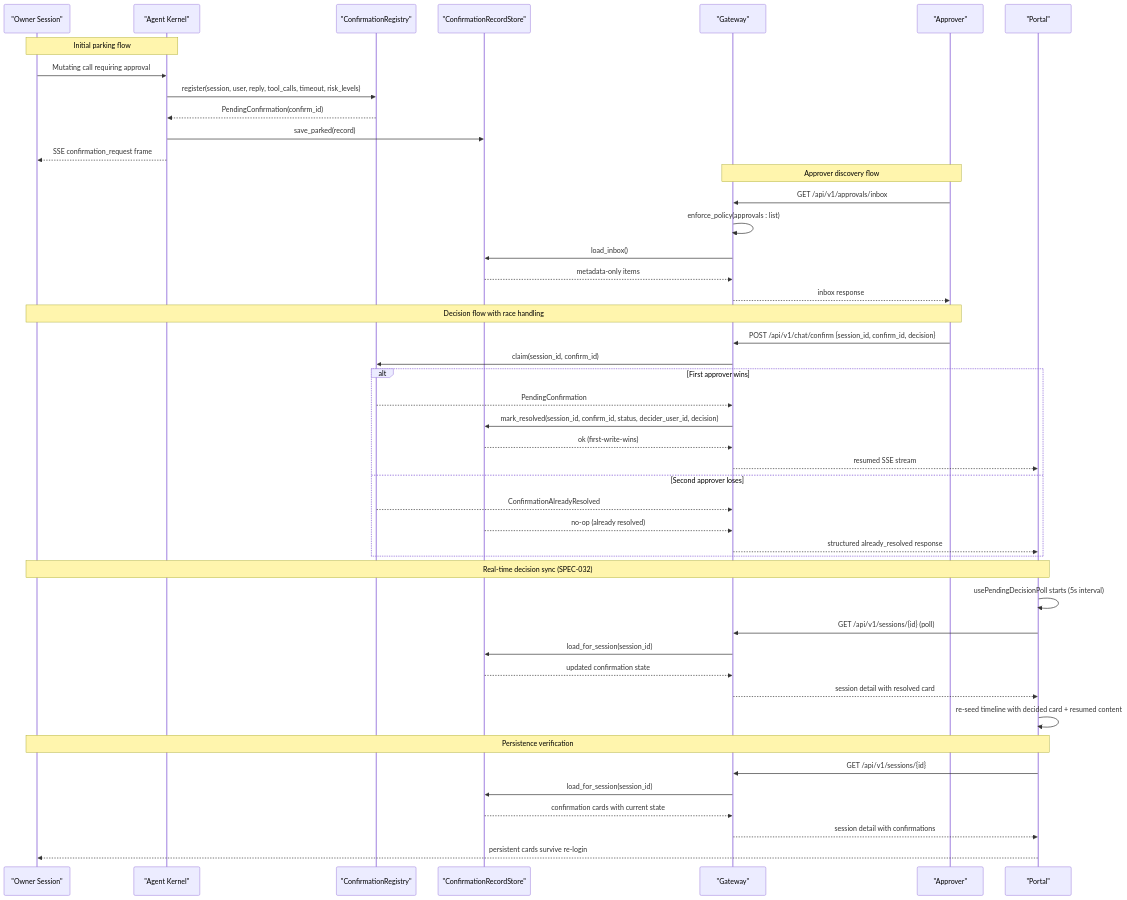
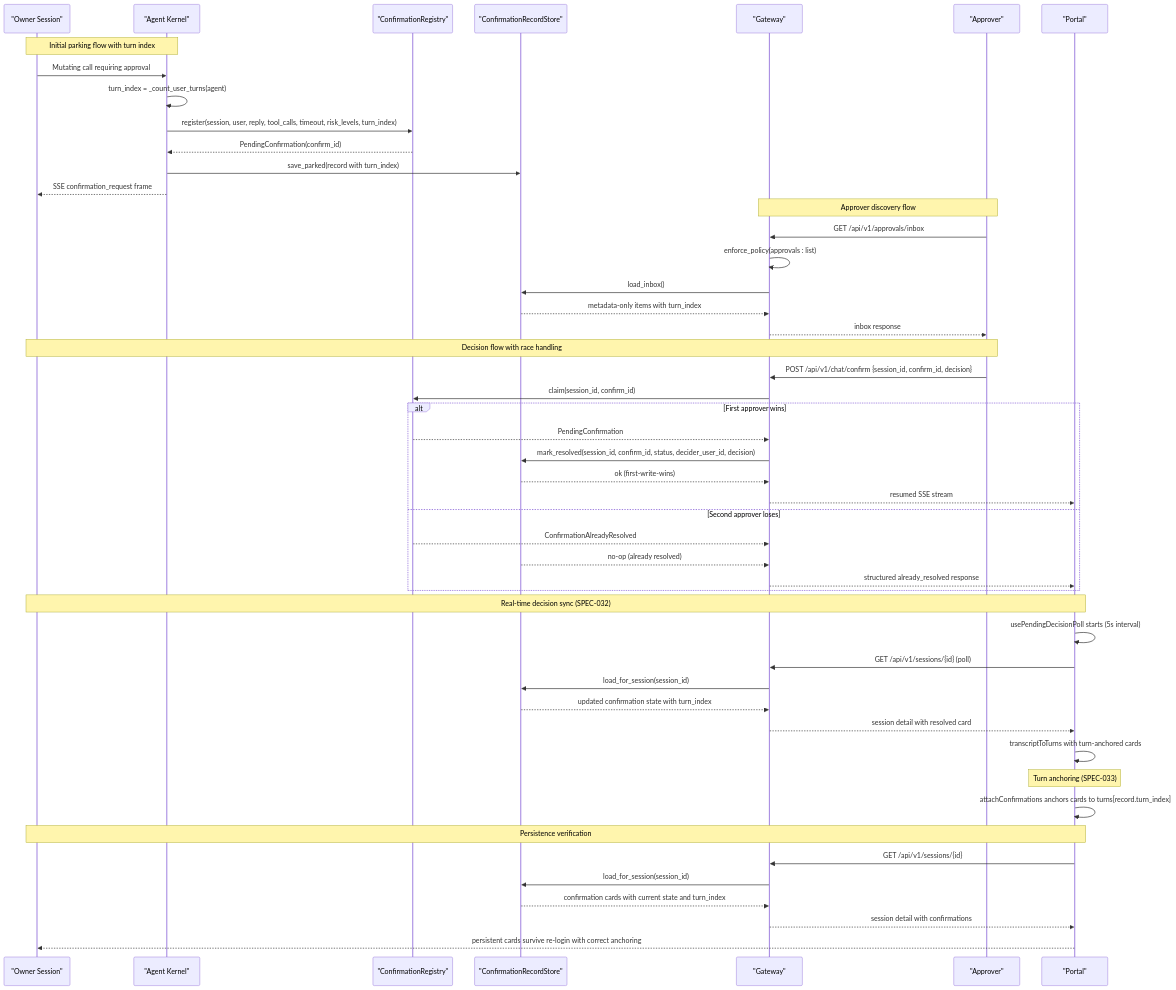
One commit to metasync/luban-aiops changed the second of 9 diagrams in .qoder/repowiki/en/content/Architecture Documentation/SPEC-031_ Approval Inbox and Persistent Confirmation Cards.md. Above: the diagram before and after it, drawn with Mermaid. The commit also changed other lines of this file and 5 other files, not shown here.

````diff
--- a/.qoder/repowiki/en/content/Architecture Documentation/SPEC-031_ Approval Inbox and Persistent Confirmation Cards.md
+++ b/.qoder/repowiki/en/content/Architecture Documentation/SPEC-031_ Approval Inbox and Persistent Confirmation Cards.md
@@ -123,48 +135,51 @@
 ```mermaid
 sequenceDiagram
 participant Owner as "Owner Session"
 participant Kernel as "Agent Kernel"
 participant Registry as "ConfirmationRegistry"
 participant Store as "ConfirmationRecordStore"
 participant Gateway as "Gateway"
 participant Approver as "Approver"
 participant Portal as "Portal"
-Note over Owner,Kernel : Initial parking flow
+Note over Owner,Kernel : Initial parking flow with turn index
 Owner->>Kernel : Mutating call requiring approval
-Kernel->>Registry : register(session, user, reply, tool_calls, timeout, risk_levels)
+Kernel->>Kernel : turn_index = _count_user_turns(agent)
+Kernel->>Registry : register(session, user, reply, tool_calls, timeout, risk_levels, turn_index)
 Registry-->>Kernel : PendingConfirmation(confirm_id)
-Kernel->>Store : save_parked(record)
+Kernel->>Store : save_parked(record with turn_index)
 Kernel-->>Owner : SSE confirmation_request frame
 Note over Approver,Gateway : Approver discovery flow
 Approver->>Gateway : GET /api/v1/approvals/inbox
 Gateway->>Gateway : enforce_policy(approvals : list)
 Gateway->>Store : load_inbox()
-Store-->>Gateway : metadata-only items
+Store-->>Gateway : metadata-only items with turn_index
 Gateway-->>Approver : inbox response
 Note over Approver,Owner : Decision flow with race handling
 Approver->>Gateway : POST /api/v1/chat/confirm {session_id, confirm_id, decision}
 Gateway->>Registry : claim(session_id, confirm_id)
 alt First approver wins
 Registry-->>Gateway : PendingConfirmation
 Gateway->>Store : mark_resolved(session_id, confirm_id, status, decider_user_id, decision)
 Store-->>Gateway : ok (first-write-wins)
 Gateway-->>Portal : resumed SSE stream
 else Second approver loses
 Registry-->>Gateway : ConfirmationAlreadyResolved
 Store-->>Gateway : no-op (already resolved)
 Gateway-->>Portal : structured already_resolved response
 end
 Note over Owner,Portal : Real-time decision sync (SPEC-032)
 Portal->>Portal : usePendingDecisionPoll starts (5s interval)
 Portal->>Gateway : GET /api/v1/sessions/{id} (poll)
 Gateway->>Store : load_for_session(session_id)
-Store-->>Gateway : updated confirmation state
+Store-->>Gateway : updated confirmation state with turn_index
 Gateway-->>Portal : session detail with resolved card
-Portal->>Portal : re-seed timeline with decided card + resumed content
+Portal->>Portal : transcriptToTurns with turn-anchored cards
+Note over Portal : Turn anchoring (SPEC-033)
+Portal->>Portal : attachConfirmations anchors cards to turns[record.turn_index]
 Note over Owner,Portal : Persistence verification
 Portal->>Gateway : GET /api/v1/sessions/{id}
 Gateway->>Store : load_for_session(session_id)
-Store-->>Gateway : confirmation cards with current state
+Store-->>Gateway : confirmation cards with current state and turn_index
 Gateway-->>Portal : session detail with confirmations
-Portal-->>Owner : persistent cards survive re-login
+Portal-->>Owner : persistent cards survive re-login with correct anchoring
 ```
````
